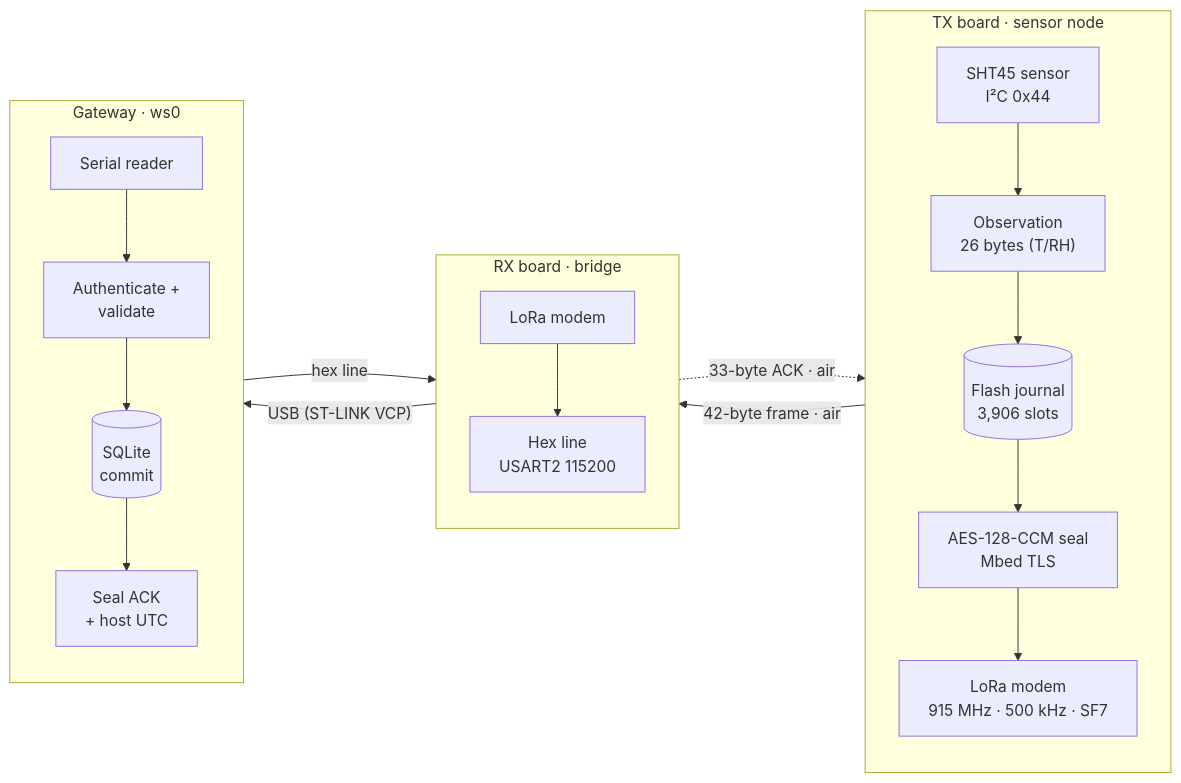
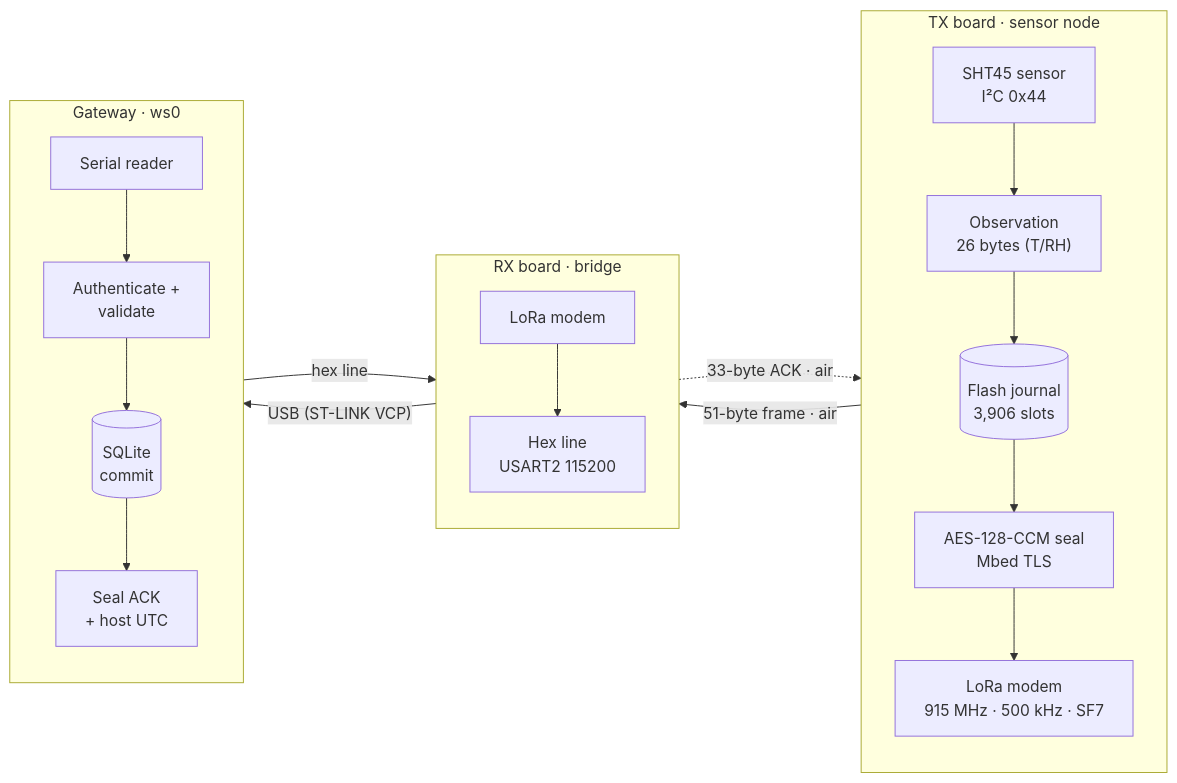
One commit to clintecker/weather-station-2026 changed the first of 11 diagrams in docs/protocol-stack.md. Above: the diagram before and after it, drawn with Mermaid. The commit also changed other lines of this file and 7 other files, not shown here.

````diff
--- a/docs/protocol-stack.md
+++ b/docs/protocol-stack.md
@@ -34,24 +34,24 @@
 ```mermaid
 flowchart LR
   subgraph TX["TX board · sensor node"]
     direction TB
     S["SHT45 sensor<br/>I²C 0x44"] --> M["Observation<br/>26 bytes (T/RH)"]
     M --> J[("Flash journal<br/>3,906 slots")]
     J --> E["AES-128-CCM seal<br/>Mbed TLS"]
     E --> R1["LoRa modem<br/>915 MHz · 500 kHz · SF7"]
   end
   subgraph RX["RX board · bridge"]
     direction TB
     R2["LoRa modem"] --> H["Hex line<br/>USART2 115200"]
   end
   subgraph HOST["Gateway · ws0"]
     direction TB
     U["Serial reader"] --> V["Authenticate +<br/>validate"]
     V --> D[("SQLite<br/>commit")]
     D --> A["Seal ACK<br/>+ host UTC"]
   end
-  R1 -- "42-byte frame · air" --> R2
+  R1 -- "51-byte frame · air" --> R2
   H -- "USB (ST-LINK VCP)" --> U
   A -- "hex line" --> H
   R2 -. "33-byte ACK · air" .-> R1
 ```
````
